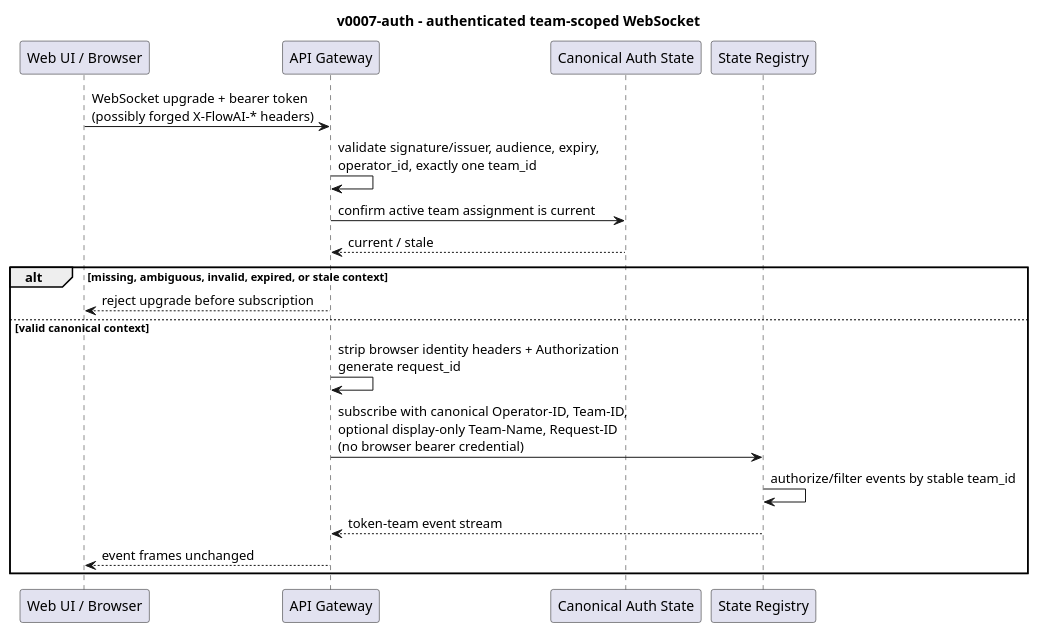
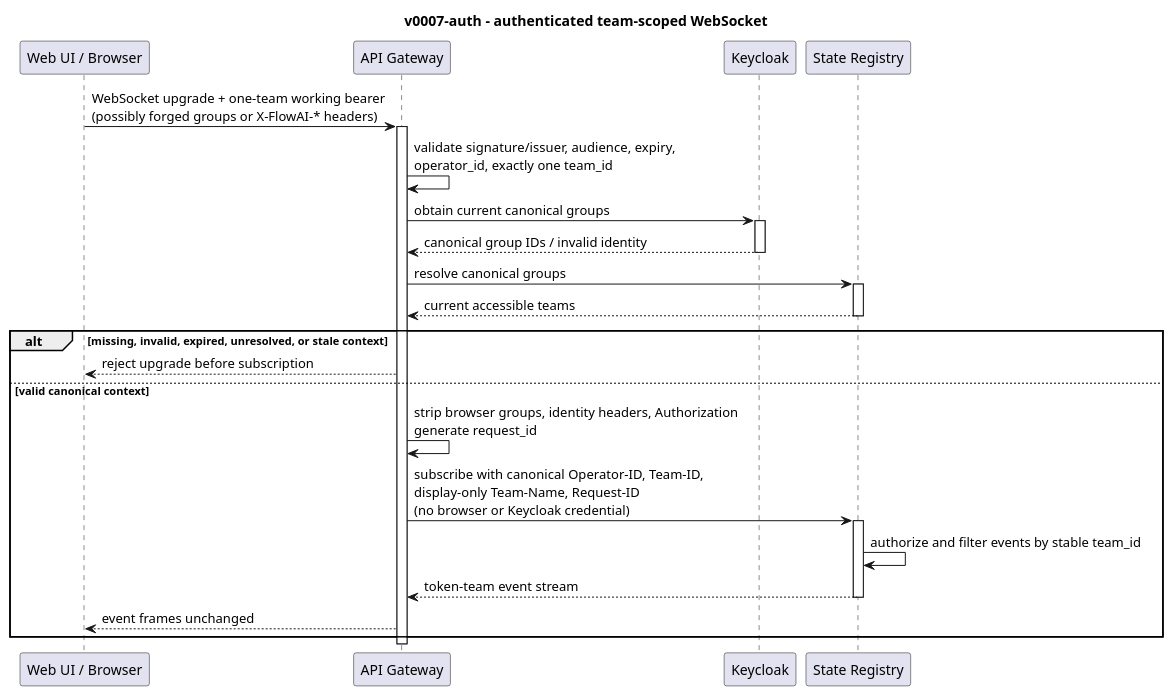
The diagram in openspec/changes/v0007-auth/specs/diagrams/03-authenticated-websocket.puml (pandops/flowai), drawn with PlantUML before and after one commit. The commit also changed 18 other files, not shown here.

Commit message:
docs(openspec): define Keycloak group team resolution

```diff
--- a/openspec/changes/v0007-auth/specs/diagrams/03-authenticated-websocket.puml
+++ b/openspec/changes/v0007-auth/specs/diagrams/03-authenticated-websocket.puml
@@ -2,23 +2,33 @@
 @startuml
 title v0007-auth - authenticated team-scoped WebSocket
 
-participant "Web UI / Browser" as UI
-participant "API Gateway" as GW
-participant "Canonical Auth State" as Auth
-participant "State Registry" as State
+participant "Web UI / Browser" as web_ui
+participant "API Gateway" as api_gateway
+participant "Keycloak" as keycloak
+participant "State Registry" as state_registry
 
-UI -> GW : WebSocket upgrade + bearer token\n(possibly forged X-FlowAI-* headers)
-GW -> GW : validate signature/issuer, audience, expiry,\noperator_id, exactly one team_id
-GW -> Auth : confirm active team assignment is current
-Auth --> GW : current / stale
-alt missing, ambiguous, invalid, expired, or stale context
-  GW --> UI : reject upgrade before subscription
+web_ui -> api_gateway : WebSocket upgrade + one-team working bearer\n(possibly forged groups or X-FlowAI-* headers)
+activate api_gateway
+api_gateway -> api_gateway : validate signature/issuer, audience, expiry,\noperator_id, exactly one team_id
+api_gateway -> keycloak : obtain current canonical groups
+activate keycloak
+keycloak --> api_gateway : canonical group IDs / invalid identity
+deactivate keycloak
+api_gateway -> state_registry : resolve canonical groups
+activate state_registry
+state_registry --> api_gateway : current accessible teams
+deactivate state_registry
+alt missing, invalid, expired, unresolved, or stale context
+  api_gateway --> web_ui : reject upgrade before subscription
 else valid canonical context
-  GW -> GW : strip browser identity headers + Authorization\ngenerate request_id
-  GW -> State : subscribe with canonical Operator-ID, Team-ID,\noptional display-only Team-Name, Request-ID\n(no browser bearer credential)
-  State -> State : authorize/filter events by stable team_id
-  State --> GW : token-team event stream
-  GW --> UI : event frames unchanged
+  api_gateway -> api_gateway : strip browser groups, identity headers, Authorization\ngenerate request_id
+  api_gateway -> state_registry : subscribe with canonical Operator-ID, Team-ID,\ndisplay-only Team-Name, Request-ID\n(no browser or Keycloak credential)
+  activate state_registry
+  state_registry -> state_registry : authorize and filter events by stable team_id
+  state_registry --> api_gateway : token-team event stream
+  deactivate state_registry
+  api_gateway --> web_ui : event frames unchanged
 end
+deactivate api_gateway
 
 @enduml
```
